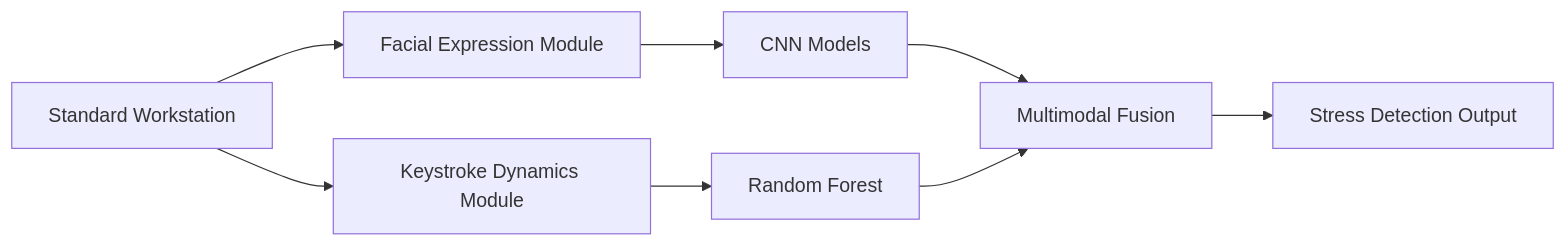
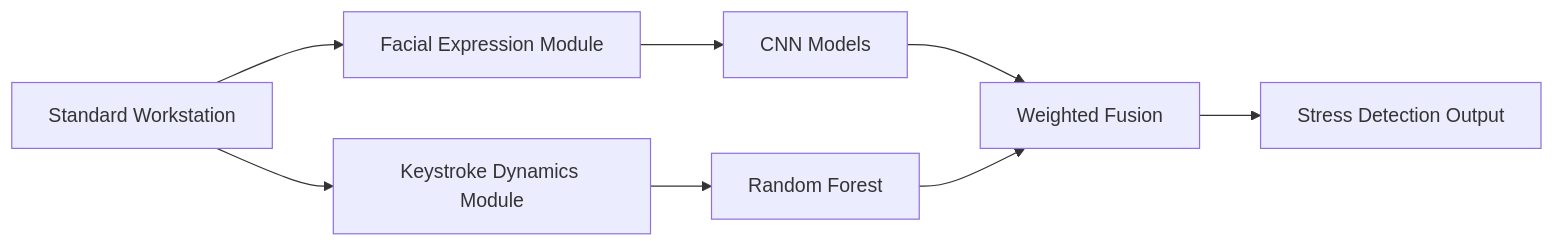
Before and after one commit to Sahilsonii/stress-detector: the diagram in README.md, drawn with Mermaid. The commit also changed other lines of this file, not shown here.

````diff
--- a/README.md
+++ b/README.md
@@ -40,10 +34,10 @@
 ```mermaid
 graph LR
     A[Standard Workstation] --> B[Facial Expression Module]
     A --> C[Keystroke Dynamics Module]
     B --> D[CNN Models]
     C --> E[Random Forest]
-    D --> F[Multimodal Fusion]
+    D --> F[Weighted Fusion]
     E --> F
     F --> G[Stress Detection Output]
 ```
````
